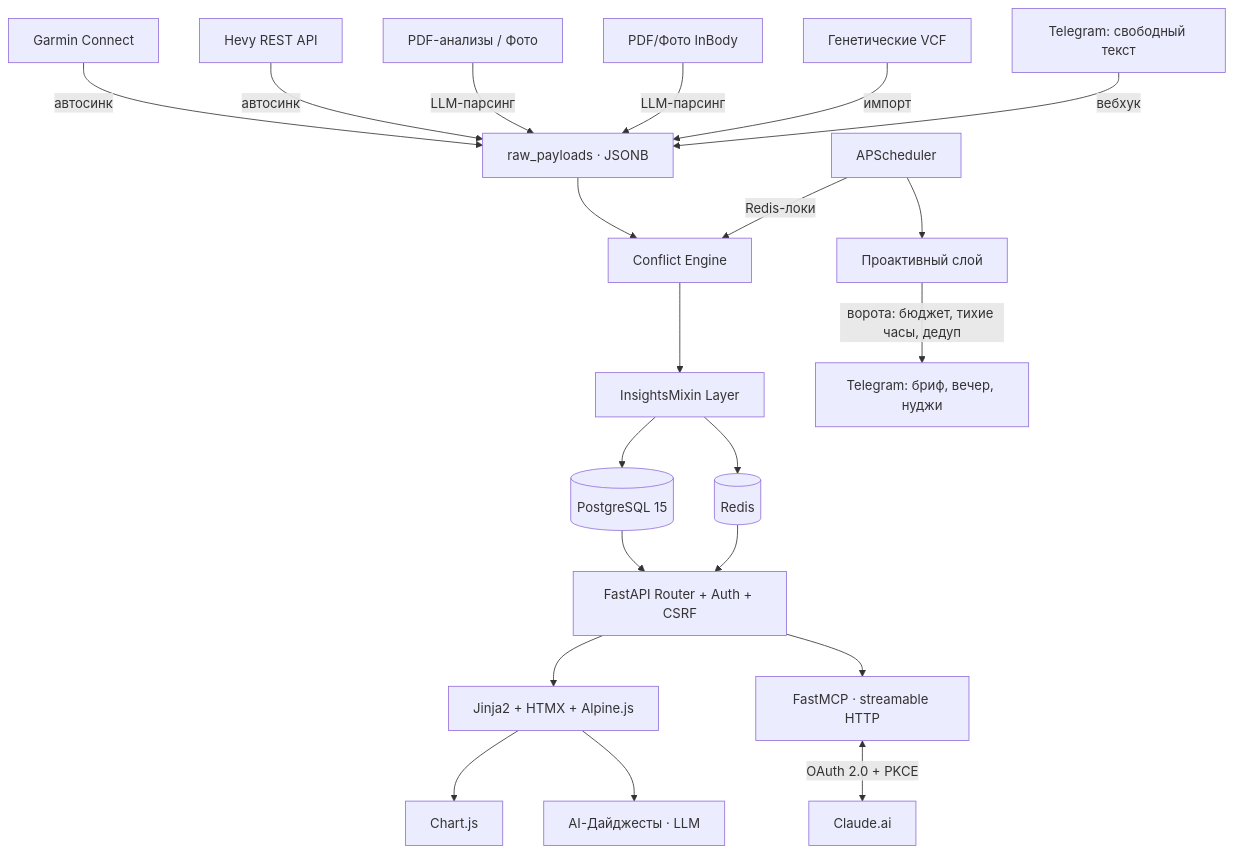
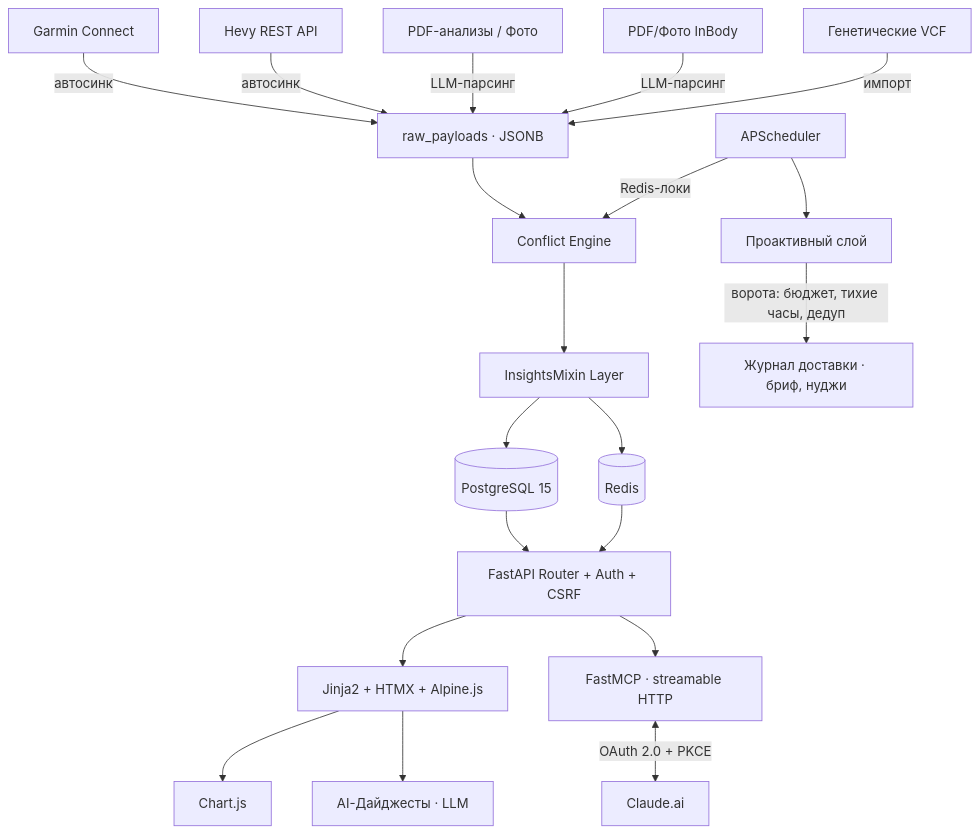
Before and after one commit to LeMillion1/vitals: the first of 2 diagrams in README.md, drawn with Mermaid. The commit also changed other lines of this file and 30 other files, not shown here.

````diff
--- a/README.md
+++ b/README.md
@@ -323,27 +316,26 @@
 ```mermaid
 graph TD
     Garmin[Garmin Connect] -->|автосинк| Raw[raw_payloads · JSONB]
     Hevy[Hevy REST API] -->|автосинк| Raw
     Labs[PDF-анализы / Фото] -->|LLM-парсинг| Raw
     BIA[PDF/Фото InBody] -->|LLM-парсинг| Raw
     VCF[Генетические VCF] -->|импорт| Raw
-    TGin[Telegram: свободный текст] -->|вебхук| Raw
 
     Raw --> CE[Conflict Engine]
     CE --> IL[InsightsMixin Layer]
     Scheduler[APScheduler] -->|Redis-локи| CE
 
     IL --> DB[(PostgreSQL 15)]
     IL --> Cache[(Redis)]
 
     DB & Cache --> FastAPI[FastAPI Router + Auth + CSRF]
 
     FastAPI --> UI[Jinja2 + HTMX + Alpine.js]
     FastAPI --> MCP[FastMCP · streamable HTTP]
     Scheduler --> PL[Проактивный слой]
-    PL -->|ворота: бюджет, тихие часы, дедуп| TGout[Telegram: бриф, вечер, нуджи]
+    PL -->|ворота: бюджет, тихие часы, дедуп| Out[Журнал доставки · бриф, нуджи]
 
     UI --> Charts[Chart.js]
     UI --> AI[AI-Дайджесты · LLM]
     MCP <-->|OAuth 2.0 + PKCE| Claude[Claude.ai]
 ```
````
